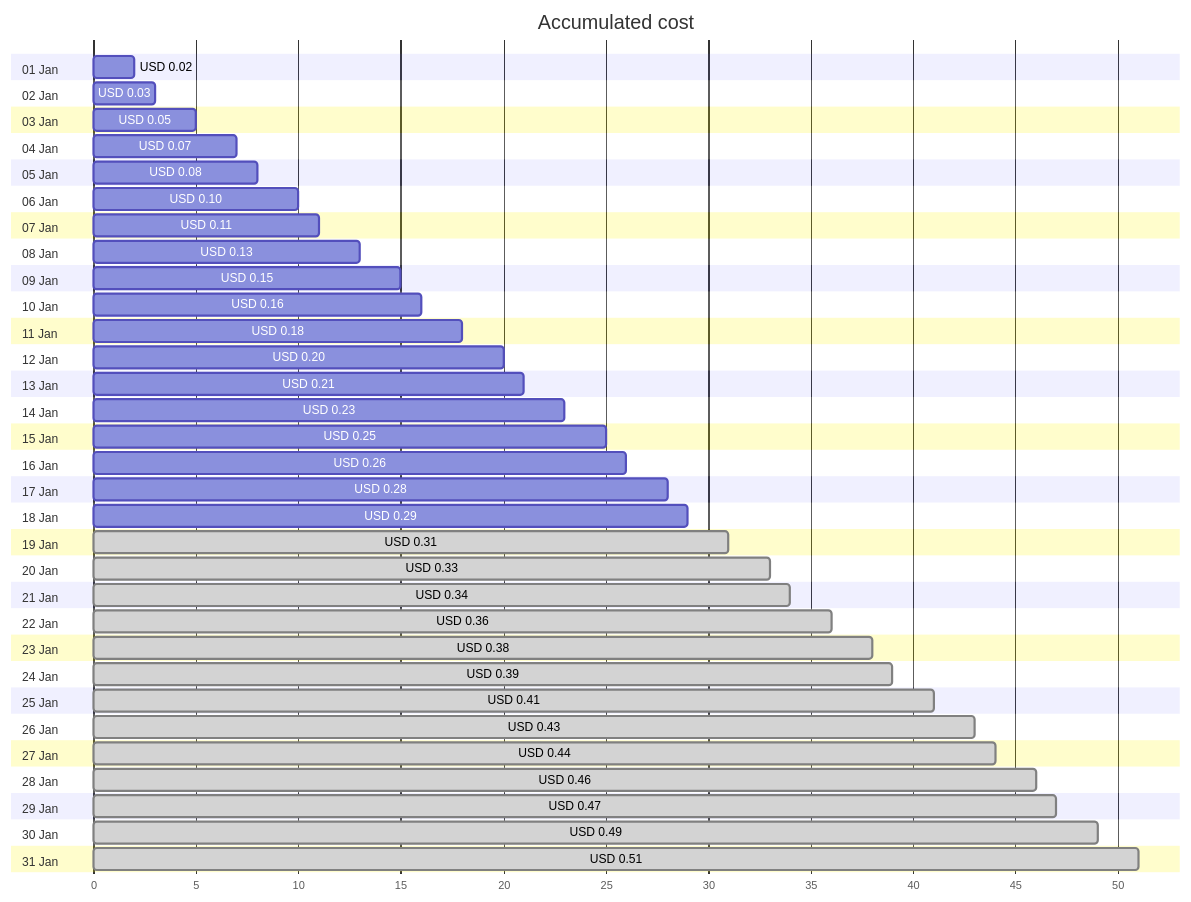
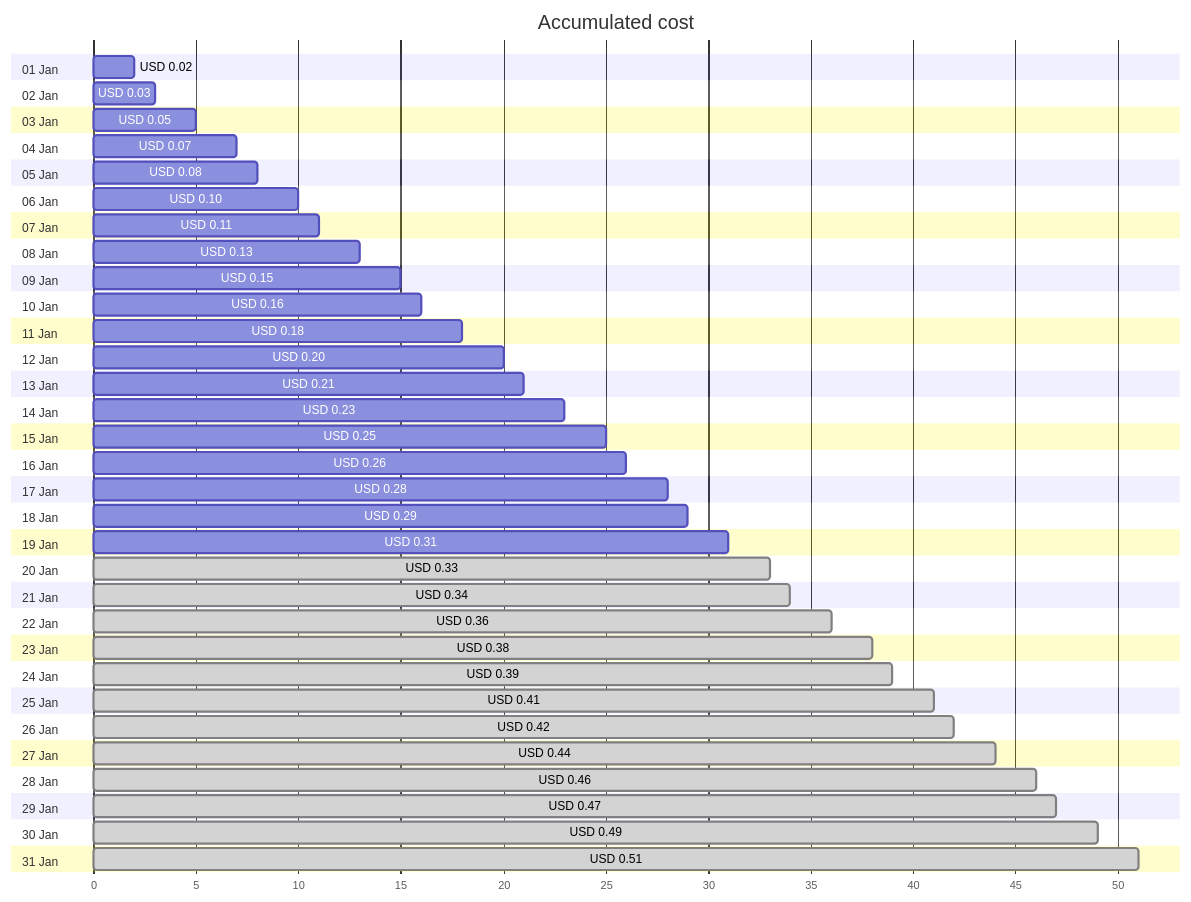
Before and after one commit to jpfulton/azure-personal-reports: the first of 4 diagrams in cost-reports/personal-dns/jpatrickfulton.com.md, drawn with Mermaid. The commit also changed other lines of this file and 2 other files, not shown here.

````diff
--- a/cost-reports/personal-dns/jpatrickfulton.com.md
+++ b/cost-reports/personal-dns/jpatrickfulton.com.md
@@ -20,68 +20,68 @@
 ```mermaid
 gantt
    title Accumulated cost
    dateFormat  X
    axisFormat %s
    section 01 Jan
    USD 0.02 :0, 2
    section 02 Jan
    USD 0.03 :0, 3
    section 03 Jan
    USD 0.05 :0, 5
    section 04 Jan
    USD 0.07 :0, 7
    section 05 Jan
    USD 0.08 :0, 8
    section 06 Jan
    USD 0.10 :0, 10
    section 07 Jan
    USD 0.11 :0, 11
    section 08 Jan
    USD 0.13 :0, 13
    section 09 Jan
    USD 0.15 :0, 15
    section 10 Jan
    USD 0.16 :0, 16
    section 11 Jan
    USD 0.18 :0, 18
    section 12 Jan
    USD 0.20 :0, 20
    section 13 Jan
    USD 0.21 :0, 21
    section 14 Jan
    USD 0.23 :0, 23
    section 15 Jan
    USD 0.25 :0, 25
    section 16 Jan
    USD 0.26 :0, 26
    section 17 Jan
    USD 0.28 :0, 28
    section 18 Jan
    USD 0.29 :0, 29
    section 19 Jan
-   USD 0.31 : done, 0, 31
+   USD 0.31 :0, 31
    section 20 Jan
    USD 0.33 : done, 0, 33
    section 21 Jan
    USD 0.34 : done, 0, 34
    section 22 Jan
    USD 0.36 : done, 0, 36
    section 23 Jan
    USD 0.38 : done, 0, 38
    section 24 Jan
    USD 0.39 : done, 0, 39
    section 25 Jan
    USD 0.41 : done, 0, 41
    section 26 Jan
-   USD 0.43 : done, 0, 43
+   USD 0.42 : done, 0, 42
    section 27 Jan
    USD 0.44 : done, 0, 44
    section 28 Jan
    USD 0.46 : done, 0, 46
    section 29 Jan
    USD 0.47 : done, 0, 47
    section 30 Jan
    USD 0.49 : done, 0, 49
    section 31 Jan
    USD 0.51 : done, 0, 51
 ```
````
